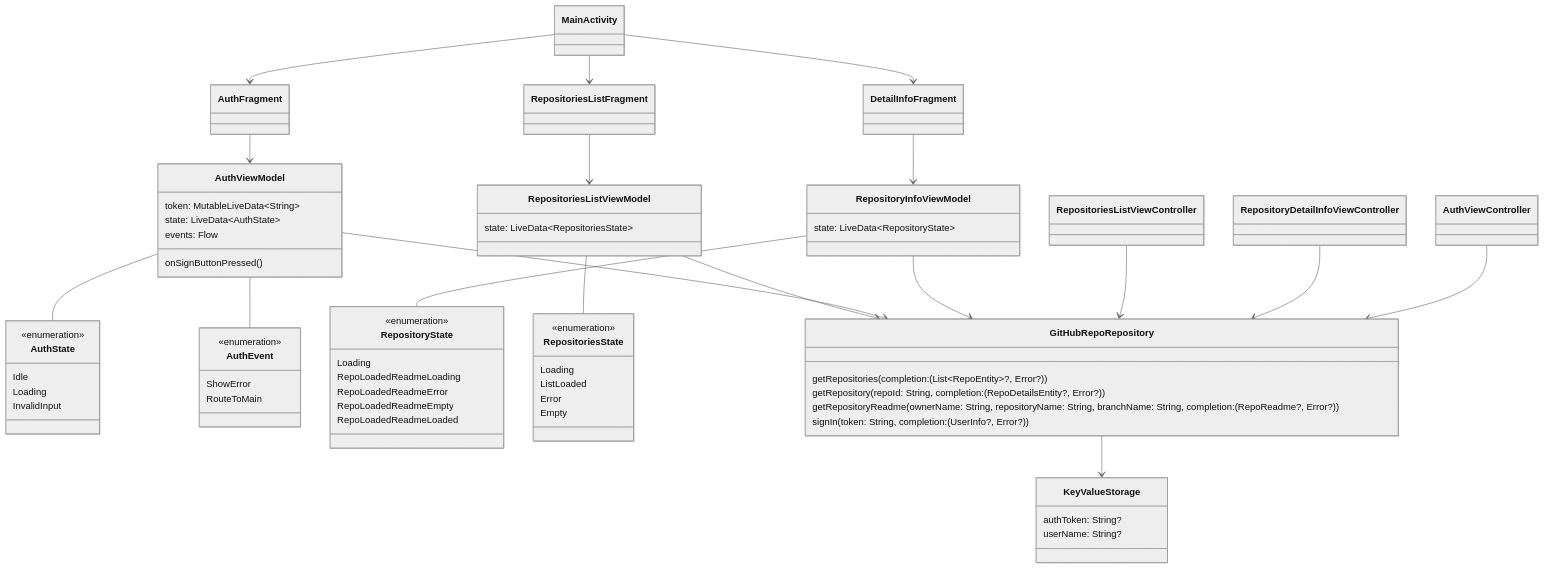
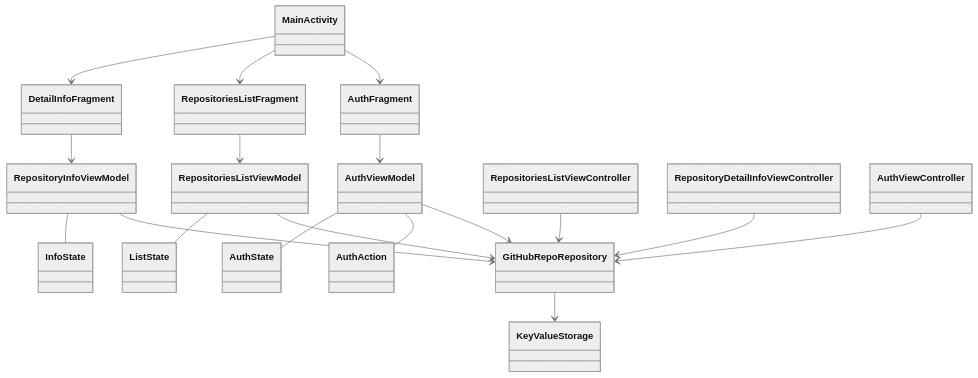
Before and after one commit to icerockdev/kmm.icerock.dev: the diagram in university/3-kotlin-multiplatform-mobile/practice.md, drawn with Mermaid (neutral theme). The commit also changed other lines of this file and 3 other files, not shown here.

````diff
--- a/university/3-kotlin-multiplatform-mobile/practice.md
+++ b/university/3-kotlin-multiplatform-mobile/practice.md
@@ -146,94 +168,49 @@
 ```mermaid
    classDiagram
    
-   class AuthViewModel:::android {
-      token: MutableLiveData~String~
-      state: LiveData~AuthState~
-      events: Flow<AuthEvent>
-      onSignButtonPressed()
-   }
-   
-   class AuthState:::android {
-      <<enumeration>>
-      Idle
-      Loading
-      InvalidInput
-   }
-   
-   class AuthEvent:::android {
-      <<enumeration>>
-      ShowError
-      RouteToMain
-   }
-       
-   class RepositoryInfoViewModel:::android {
-      state: LiveData~RepositoryState~
-   }
-   
-   class RepositoryState:::android {
-      <<enumeration>>
-      Loading
-      RepoLoadedReadmeLoading
-      RepoLoadedReadmeError
-      RepoLoadedReadmeEmpty
-      RepoLoadedReadmeLoaded
-   }
-   
-   class RepositoriesListViewModel:::android {
-      state: LiveData~RepositoriesState~
-   }
-   
-   class RepositoriesState:::android {
-      <<enumeration>>
-      Loading
-      ListLoaded
-      Error
-      Empty
-   }
-      
-   class GitHubRepoRepository:::common {
-      getRepositories(completion: (List~RepoEntity~?, Error?))
-      getRepository(repoId: String, completion: (RepoDetailsEntity?, Error?))
-      getRepositoryReadme(ownerName: String, repositoryName: String, branchName: String, completion: (RepoReadme?, Error?))
-      signIn(token: String, completion: (UserInfo?, Error?))
-   }
-   
-   class KeyValueStorage:::common {
-      authToken: String?
-      userName: String?
-   }
+   class GitHubRepoRepository:::common
+   class KeyValueStorage:::common
    
    class MainActivity:::android
+   class AuthFragment:::android
    class RepositoriesListFragment:::android
    class DetailInfoFragment:::android
-   class AuthFragment:::android
+   
+   class AuthViewModel:::android
+   class AuthState:::android
+   class AuthAction:::android
+   
+   class RepositoryInfoViewModel:::android
+   class InfoState:::android
+   class RepositoriesListViewModel:::android
+   class ListState:::android
+   class KeyValueStorage:::android
+   
+   MainActivity --> AuthFragment
+   MainActivity --> RepositoriesListFragment
+   MainActivity --> DetailInfoFragment
+   
+   AuthFragment --> AuthViewModel
+   RepositoriesListFragment --> RepositoriesListViewModel
+   DetailInfoFragment --> RepositoryInfoViewModel
+   
+   RepositoryInfoViewModel --> GitHubRepoRepository
+   AuthViewModel --> GitHubRepoRepository
+   RepositoriesListViewModel --> GitHubRepoRepository
+   
+   GitHubRepoRepository --> KeyValueStorage
+   
+   AuthViewModel -- AuthAction
+   AuthViewModel -- AuthState
+  
+   RepositoryInfoViewModel -- InfoState
+   RepositoriesListViewModel -- ListState
    
    class RepositoriesListViewController:::ios
    class RepositoryDetailInfoViewController:::ios
    class AuthViewController:::ios
    
-   MainActivity --> AuthFragment
-   MainActivity --> RepositoriesListFragment
-   MainActivity --> DetailInfoFragment
-   
-   RepositoriesListFragment --> RepositoriesListViewModel
-   DetailInfoFragment --> RepositoryInfoViewModel
-   AuthFragment --> AuthViewModel
-      
-   RepositoriesListViewModel --> GitHubRepoRepository
-   AuthViewModel --> GitHubRepoRepository
-   RepositoryInfoViewModel --> GitHubRepoRepository
-          
    RepositoriesListViewController --> GitHubRepoRepository
    RepositoryDetailInfoViewController --> GitHubRepoRepository
    AuthViewController --> GitHubRepoRepository
-   
-   GitHubRepoRepository --> KeyValueStorage
-   
-   AuthViewModel -- AuthEvent
-   AuthViewModel -- AuthState
-   
-   RepositoriesListViewModel -- RepositoriesState
-   
-   RepositoryInfoViewModel -- RepositoryState
 ```
````
